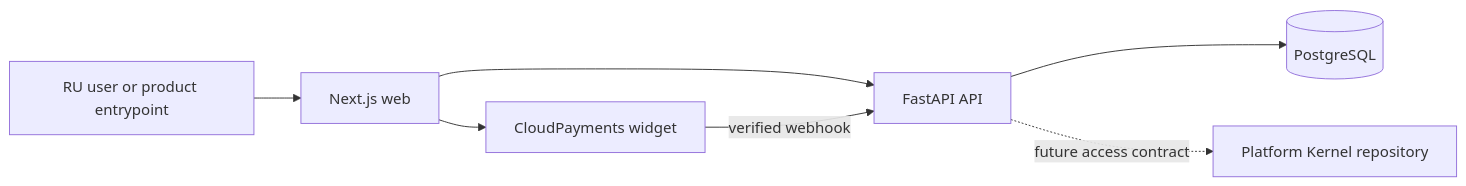
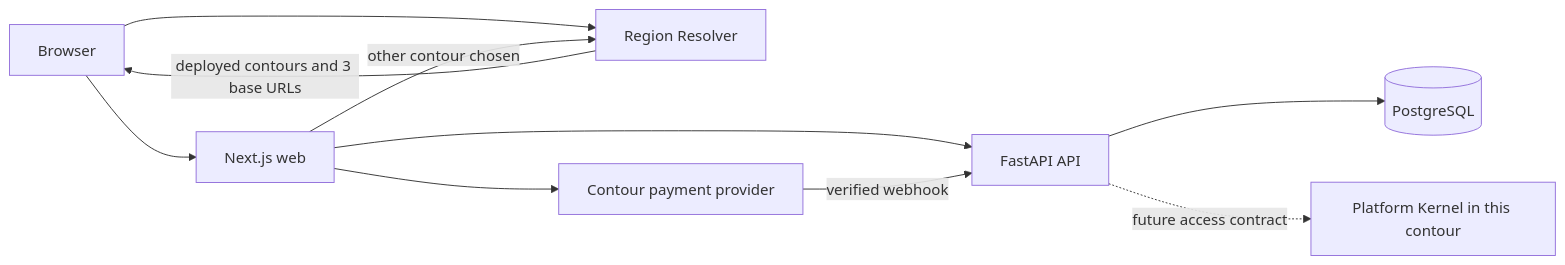
The diagram in ARCHITECTURE.md (gushinets/payments-portal), drawn with Mermaid before and after one commit. The commit also changed other lines of this file and 22 other files, not shown here.

Commit message:
ANY-325 - Document multi-contour architecture

````diff
--- a/ARCHITECTURE.md
+++ b/ARCHITECTURE.md
@@ -14,9 +21,12 @@
 ```mermaid
 flowchart LR
-  User["RU user or product entrypoint"] --> Web["Next.js web"]
+  Browser --> Resolver["Region Resolver"]
+  Resolver -->|"deployed contours and 3 base URLs"| Browser
+  Browser --> Web["Next.js web"]
   Web --> API["FastAPI API"]
   API --> DB[("PostgreSQL")]
-  Web --> CP["CloudPayments widget"]
-  CP -->|"verified webhook"| API
-  API -. "future access contract" .-> PK["Platform Kernel repository"]
+  Web --> Provider["Contour payment provider"]
+  Provider -->|"verified webhook"| API
+  API -. "future access contract" .-> PK["Platform Kernel in this contour"]
+  Web -->|"other contour chosen"| Resolver
 ```
````
